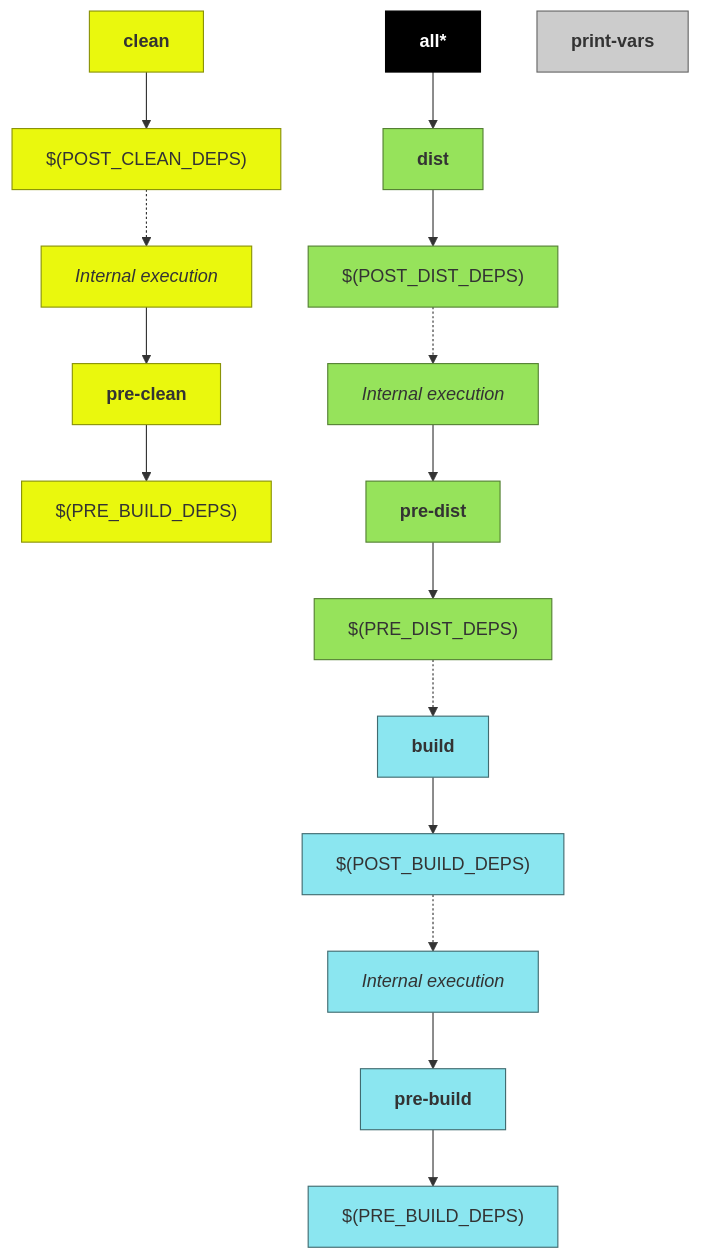
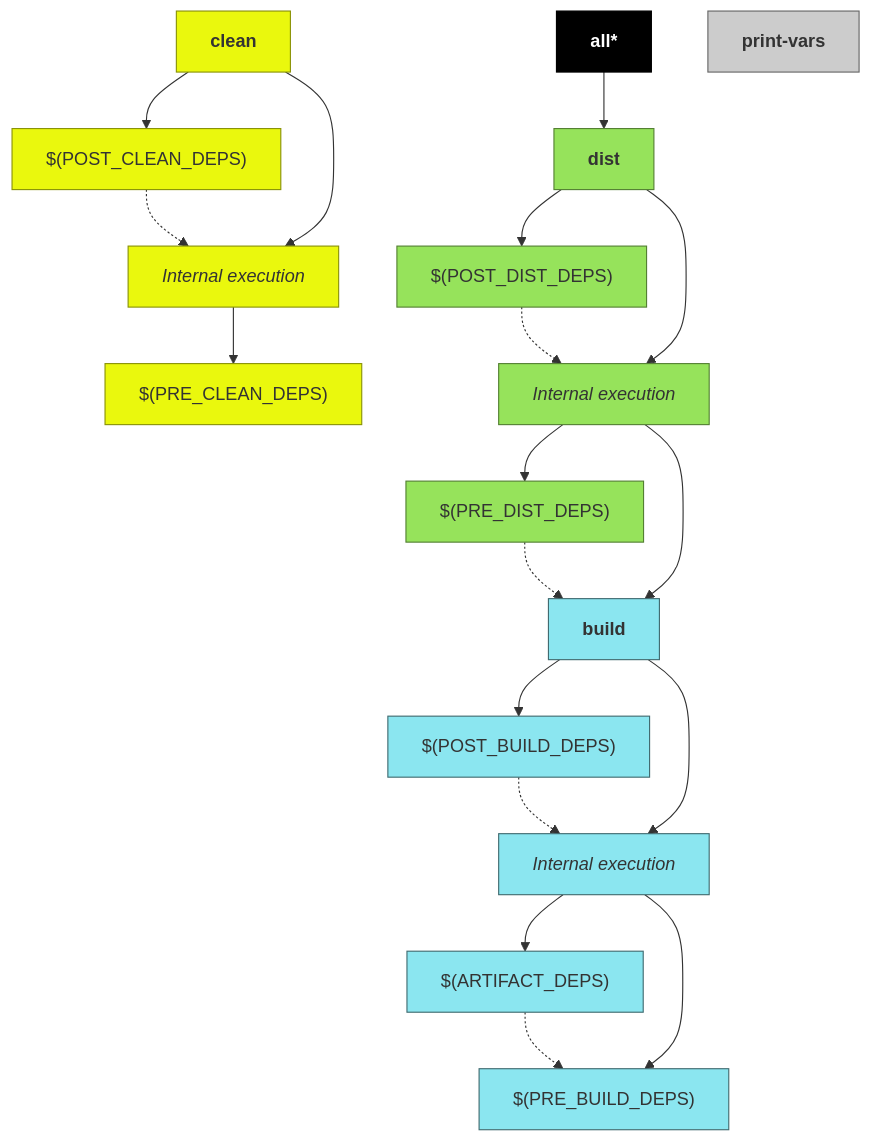
Before and after one commit to ljbo82/cpp-project-builder-doc: the diagram in builder.mk.md, drawn with Mermaid. The commit also changed other lines of this file, not shown here.

Commit message:
Removed public pre-clean, pre-buil and pre-dist targets

````diff
--- a/builder.mk.md
+++ b/builder.mk.md
@@ -193,33 +193,36 @@
 ```mermaid
 graph TD;
     classDef cleanClass stroke:#8a9307, fill:#eaf80d;
     clean[<b>clean</b>]:::cleanClass;
     postCleanDeps["$(POST_CLEAN_DEPS)"]:::cleanClass;
     intClean[<i>Internal execution</i>]:::cleanClass;
-    preClean[<b>pre-clean</b>]:::cleanClass;
-    preCleanDeps["$(PRE_BUILD_DEPS)"]:::cleanClass;
-    clean-->postCleanDeps-.->intClean-->preClean-->preCleanDeps;
+    preCleanDeps["$(PRE_CLEAN_DEPS)"]:::cleanClass;
+    clean-->postCleanDeps-.->intClean-->preCleanDeps;
+    clean-->intClean;
 
     classDef buildClass stroke:#416b70, fill:#8be6f0;
     build[<b>build</b>]:::buildClass;
     postBuildDeps["$(POST_BUILD_DEPS)"]:::buildClass;
+    artifactDeps["$(ARTIFACT_DEPS)"]:::buildClass;
     intBuild[<i>Internal execution</i>]:::buildClass;
-    preBuild[<b>pre-build</b>]:::buildClass;
     preBuildDeps["$(PRE_BUILD_DEPS)"]:::buildClass;
-    build-->postBuildDeps-.->intBuild-->preBuild-->preBuildDeps;
+    build-->postBuildDeps-.->intBuild-->artifactDeps-.->preBuildDeps;
+    build-->intBuild;
+    intBuild-->preBuildDeps;
 
     classDef distClass stroke:#548033, fill:#96e35b;
     dist[<b>dist</b>]:::distClass;
     postDistDeps["$(POST_DIST_DEPS)"]:::distClass;
     intDist[<i>Internal execution</i>]:::distClass;
-    preDist[<b>pre-dist</b>]:::distClass;
     preDistDeps["$(PRE_DIST_DEPS)"]:::distClass;
-    dist-->postDistDeps-.->intDist-->preDist-->preDistDeps;
-    preDistDeps-.->build
+    dist-->postDistDeps-.->intDist-->preDistDeps;
+    dist-->intDist;
+    preDistDeps-.->build;
+    intDist-->build;
 
 	classDef allClass stroke:#000000, fill:#000000, color:#ffffff;
     all[<b>all*</b>]:::allClass-->dist
 
 	classDef printVarsClass stroke:#666666, fill:#cccccc;
     printVars[<b>print-vars</b>]:::printVarsClass
 ```
````
